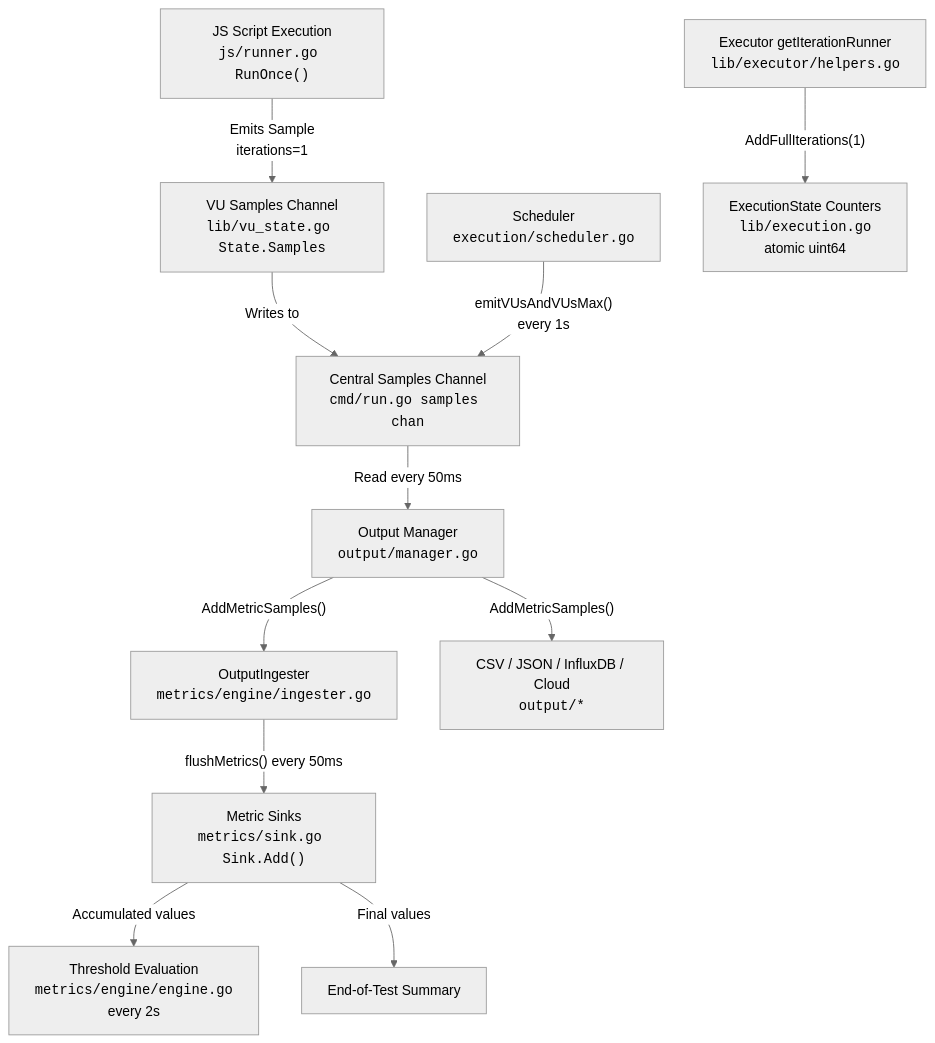
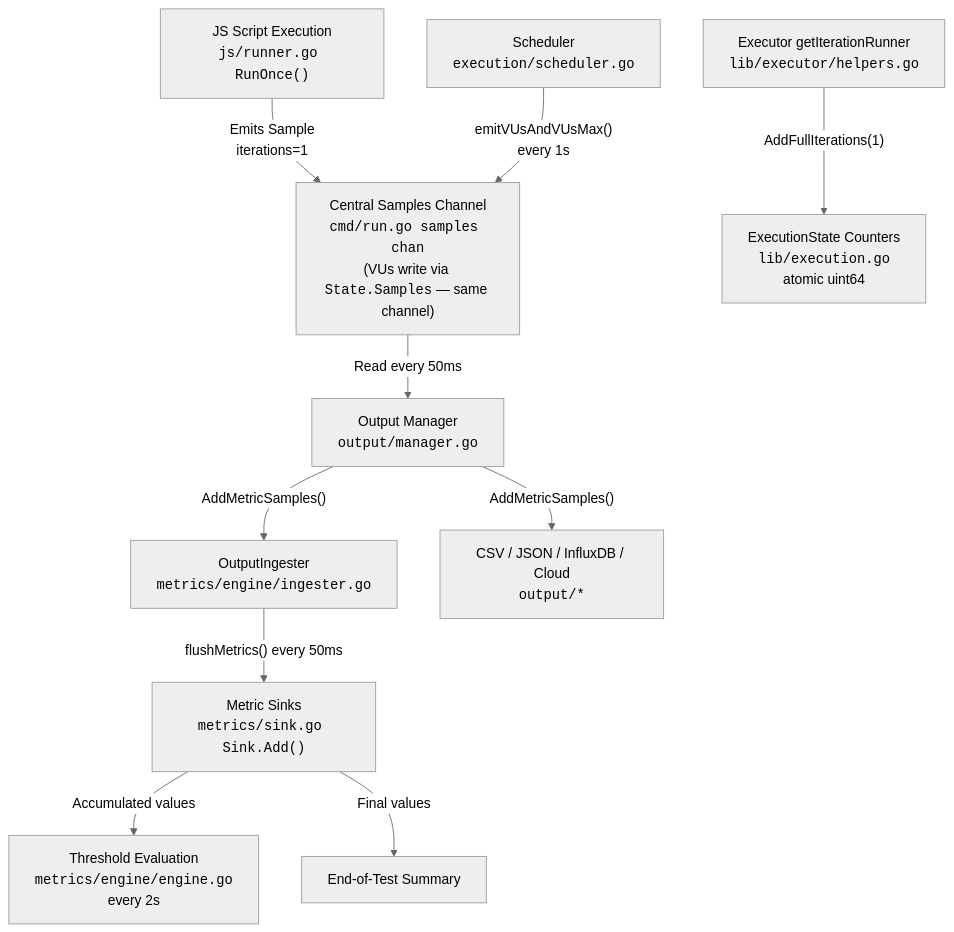
The diagram in blitzy/documentation/k6_ddc3b0b1d23c.md (blitzy-research/k6), drawn with Mermaid (neutral theme) before and after one commit. The commit also changed other lines of this file, not shown here.

First line of the commit message:
fix: address code review findings in k6 documentation

````diff
--- a/blitzy/documentation/k6_ddc3b0b1d23c.md
+++ b/blitzy/documentation/k6_ddc3b0b1d23c.md
@@ -727,14 +727,13 @@
 ```mermaid
 graph TD
-    A["JS Script Execution<br/><code>js/runner.go RunOnce()</code>"] -->|"Emits Sample<br/>iterations=1"| B["VU Samples Channel<br/><code>lib/vu_state.go State.Samples</code>"]
-    B -->|"Writes to"| C["Central Samples Channel<br/><code>cmd/run.go samples chan</code>"]
+    A["JS Script Execution<br/><code>js/runner.go RunOnce()</code>"] -->|"Emits Sample<br/>iterations=1"| C["Central Samples Channel<br/><code>cmd/run.go samples chan</code><br/>(VUs write via <code>State.Samples</code> — same channel)"]
     C -->|"Read every 50ms"| D["Output Manager<br/><code>output/manager.go</code>"]
     D -->|"AddMetricSamples()"| E["OutputIngester<br/><code>metrics/engine/ingester.go</code>"]
     D -->|"AddMetricSamples()"| F["CSV / JSON / InfluxDB / Cloud<br/><code>output/*</code>"]
     E -->|"flushMetrics() every 50ms"| G["Metric Sinks<br/><code>metrics/sink.go Sink.Add()</code>"]
     G -->|"Accumulated values"| H["Threshold Evaluation<br/><code>metrics/engine/engine.go</code><br/>every 2s"]
     G -->|"Final values"| I["End-of-Test Summary"]
 
     J["Scheduler<br/><code>execution/scheduler.go</code>"] -->|"emitVUsAndVUsMax()<br/>every 1s"| C
     K["Executor getIterationRunner<br/><code>lib/executor/helpers.go</code>"] -->|"AddFullIterations(1)"| L["ExecutionState Counters<br/><code>lib/execution.go</code><br/>atomic uint64"]
 ```
````
